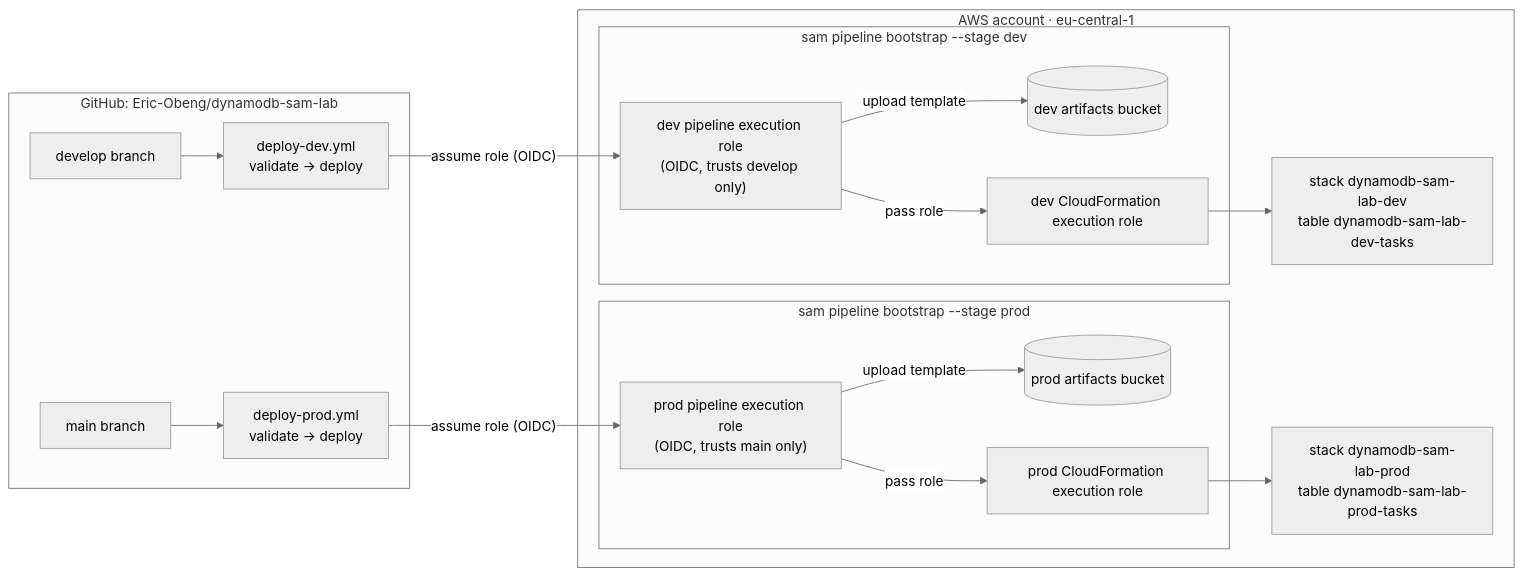
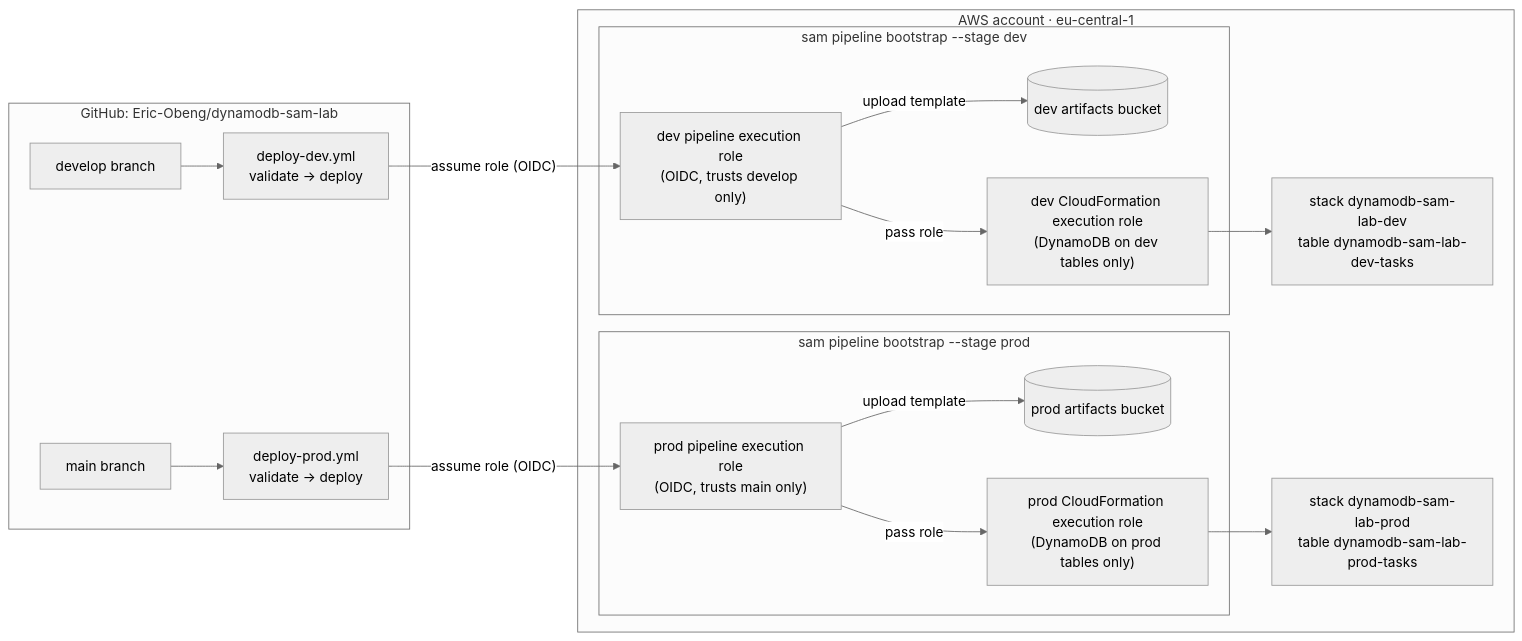
The diagram in README.md (Eric-Obeng/dynamodb-sam-lab), drawn with Mermaid (neutral theme) before and after one commit. The commit also changed other lines of this file and 5 other files, not shown here.

First line of the commit message:
Use least-privilege CloudFormation execution roles per environment

````diff
--- a/README.md
+++ b/README.md
@@ -8,30 +8,30 @@
 ```mermaid
 flowchart LR
   subgraph GitHub["GitHub: Eric-Obeng/dynamodb-sam-lab"]
     dev_branch["develop branch"] --> dev_wf["deploy-dev.yml<br/>validate → deploy"]
     main_branch["main branch"] --> prod_wf["deploy-prod.yml<br/>validate → deploy"]
   end
 
   subgraph AWS["AWS account · eu-central-1"]
     subgraph DevStage["sam pipeline bootstrap --stage dev"]
       dev_role["dev pipeline execution role<br/>(OIDC, trusts develop only)"]
       dev_bucket[("dev artifacts bucket")]
-      dev_cfn_role["dev CloudFormation execution role"]
+      dev_cfn_role["dev CloudFormation execution role<br/>(DynamoDB on dev tables only)"]
     end
     subgraph ProdStage["sam pipeline bootstrap --stage prod"]
       prod_role["prod pipeline execution role<br/>(OIDC, trusts main only)"]
       prod_bucket[("prod artifacts bucket")]
-      prod_cfn_role["prod CloudFormation execution role"]
+      prod_cfn_role["prod CloudFormation execution role<br/>(DynamoDB on prod tables only)"]
     end
     dev_stack["stack dynamodb-sam-lab-dev<br/>table dynamodb-sam-lab-dev-tasks"]
     prod_stack["stack dynamodb-sam-lab-prod<br/>table dynamodb-sam-lab-prod-tasks"]
   end
 
   dev_wf -- "assume role (OIDC)" --> dev_role
   dev_role -- "upload template" --> dev_bucket
   dev_role -- "pass role" --> dev_cfn_role --> dev_stack
 
   prod_wf -- "assume role (OIDC)" --> prod_role
   prod_role -- "upload template" --> prod_bucket
   prod_role -- "pass role" --> prod_cfn_role --> prod_stack
 ```
````
